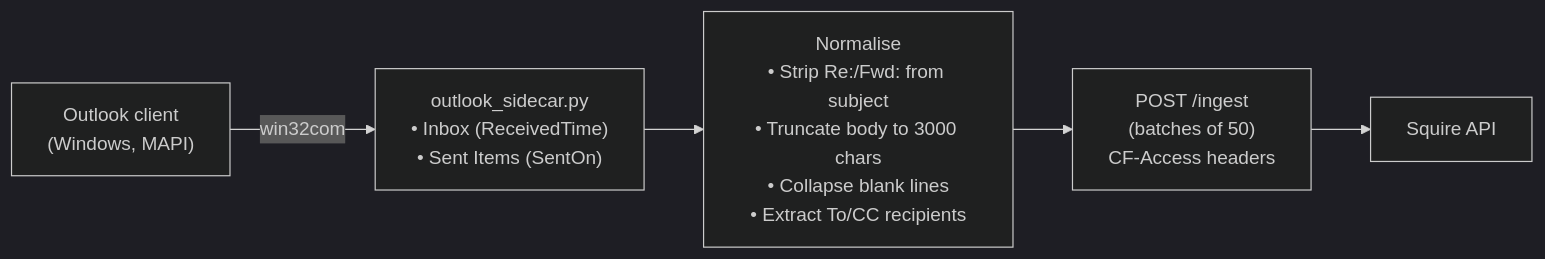
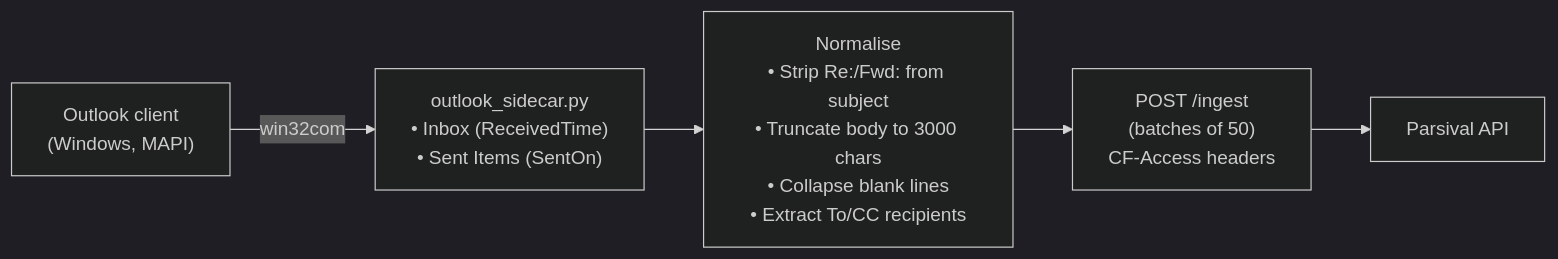
One commit to rcanterberryhall/hexcaliper-parsival changed the ninth of 10 diagrams in DESIGN.md. Above: the diagram before and after it, drawn with Mermaid (dark theme). The commit also changed other lines of this file and 3 other files, not shown here.

First line of the commit message:
Rename Squire to Parsival throughout docs

````diff
--- a/DESIGN.md
+++ b/DESIGN.md
@@ -508,10 +508,10 @@
 ```mermaid
 flowchart LR
     Outlook["Outlook client\n(Windows, MAPI)"]
     Sidecar["outlook_sidecar.py\n• Inbox (ReceivedTime)\n• Sent Items (SentOn)"]
     Normalize["Normalise\n• Strip Re:/Fwd: from subject\n• Truncate body to 3000 chars\n• Collapse blank lines\n• Extract To/CC recipients"]
     Post["POST /ingest\n(batches of 50)\nCF-Access headers"]
-    API["Squire API"]
+    API["Parsival API"]
 
     Outlook -->|win32com| Sidecar --> Normalize --> Post --> API
 ```
````
